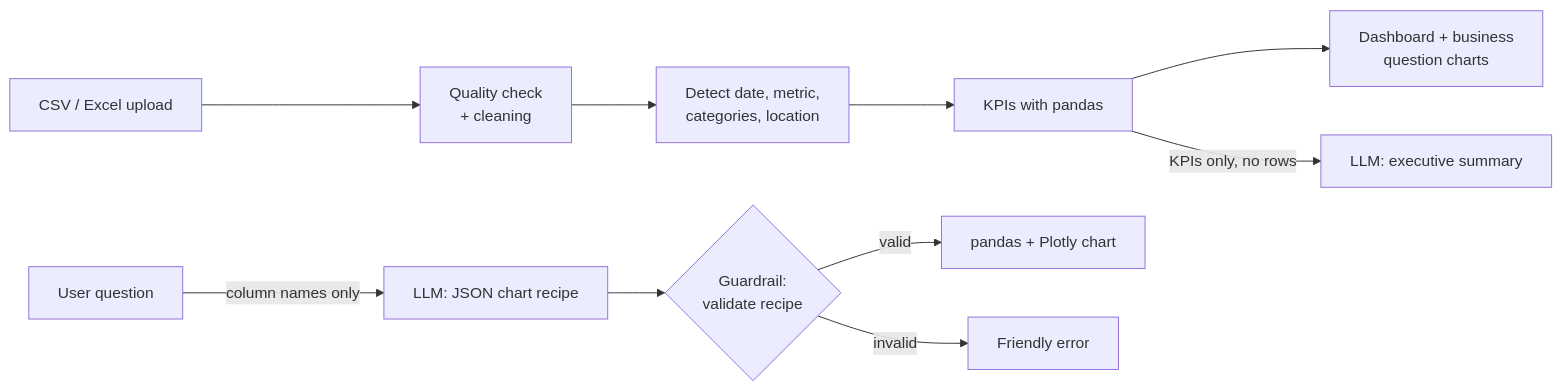
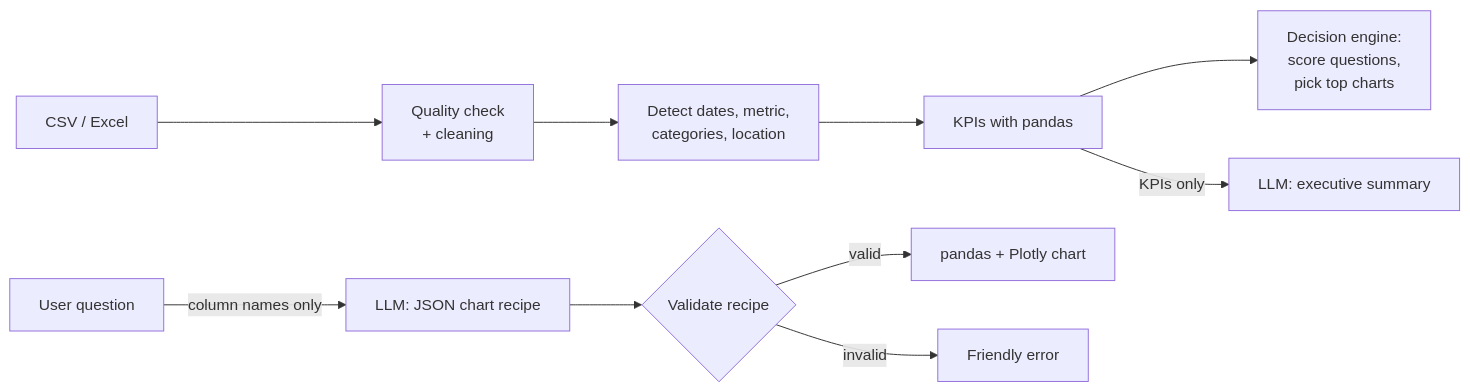
Before and after one commit to Vaibh31/AI-analytics-copilot: the diagram in README.md, drawn with Mermaid. The commit also changed other lines of this file, not shown here.

````diff
--- a/README.md
+++ b/README.md
@@ -42,12 +55,12 @@
 ```mermaid
 flowchart LR
-    A[CSV / Excel upload] --> B[Quality check<br/>+ cleaning]
-    B --> C[Detect date, metric,<br/>categories, location]
+    A[CSV / Excel] --> B[Quality check<br/>+ cleaning]
+    B --> C[Detect dates, metric,<br/>categories, location]
     C --> D[KPIs with pandas]
-    D --> E[Dashboard + business<br/>question charts]
-    D -->|KPIs only, no rows| F[LLM: executive summary]
+    D --> E[Decision engine:<br/>score questions,<br/>pick top charts]
+    D -->|KPIs only| F[LLM: executive summary]
     Q[User question] -->|column names only| G[LLM: JSON chart recipe]
-    G --> H{Guardrail:<br/>validate recipe}
+    G --> H{Validate recipe}
     H -->|valid| I[pandas + Plotly chart]
     H -->|invalid| J[Friendly error]
 ```
````
